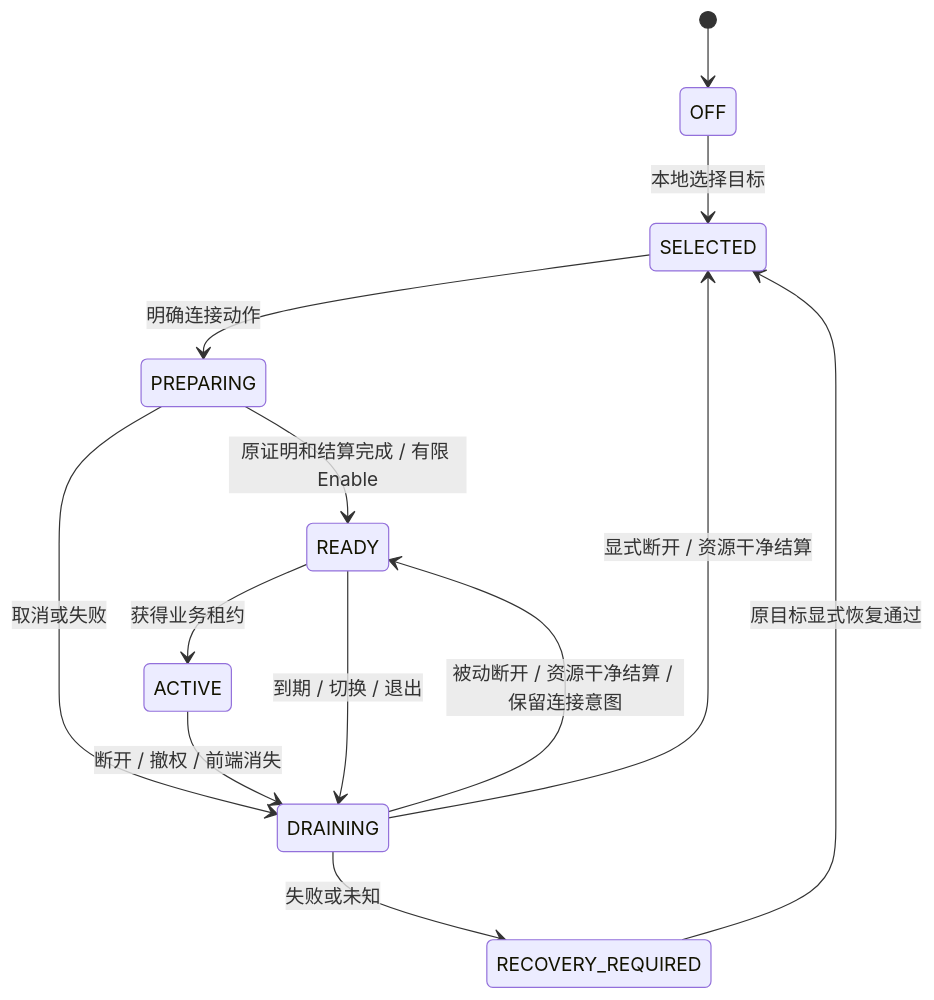
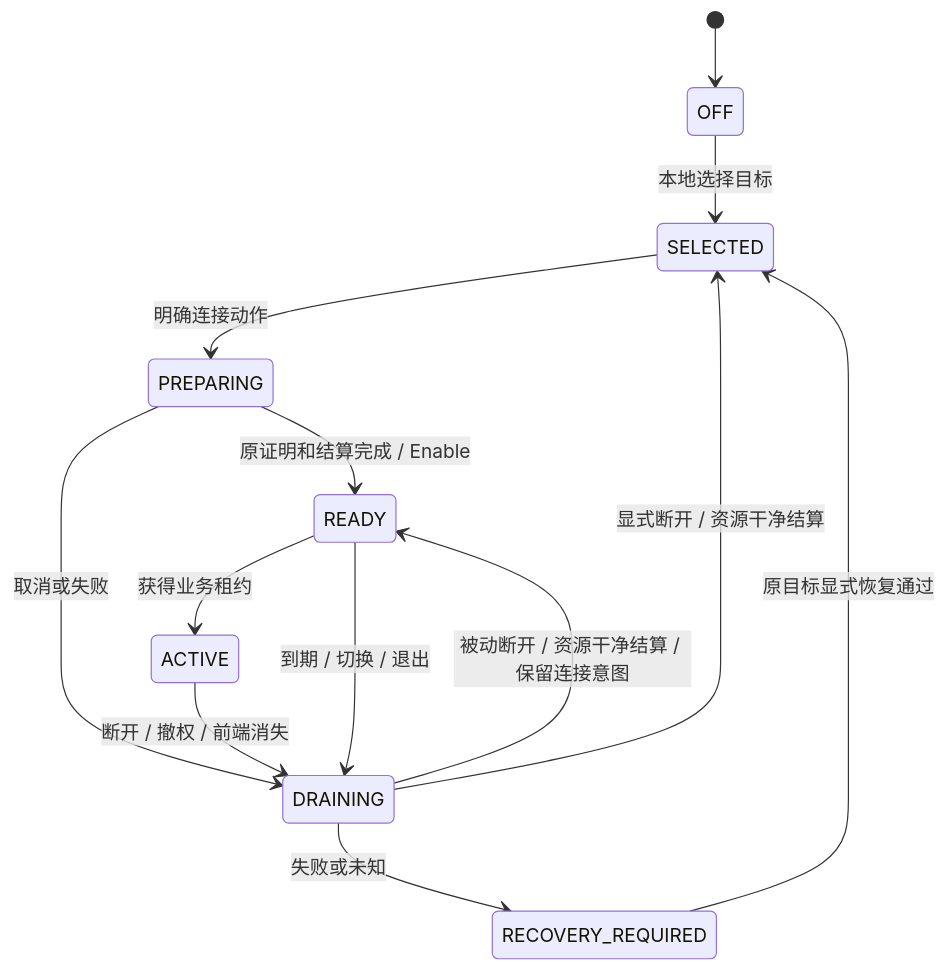
One commit to duanzhijian200443/shiroha_quiz changed the third of 5 diagrams in docs/product/agent-refactor/unified-access-and-content-exchange-v1.md. Above: the diagram before and after it, drawn with Mermaid. The commit also changed other lines of this file and 22 other files, not shown here.

````diff
--- a/docs/product/agent-refactor/unified-access-and-content-exchange-v1.md
+++ b/docs/product/agent-refactor/unified-access-and-content-exchange-v1.md
@@ -390,15 +390,15 @@
 ```mermaid
 stateDiagram-v2
   [*] --> OFF
   OFF --> SELECTED: 本地选择目标
   SELECTED --> PREPARING: 明确连接动作
-  PREPARING --> READY: 原证明和结算完成 / 有限 Enable
+  PREPARING --> READY: 原证明和结算完成 / Enable
   PREPARING --> DRAINING: 取消或失败
   READY --> ACTIVE: 获得业务租约
   ACTIVE --> DRAINING: 断开 / 撤权 / 前端消失
   READY --> DRAINING: 到期 / 切换 / 退出
   DRAINING --> READY: 被动断开 / 资源干净结算 / 保留连接意图
   DRAINING --> SELECTED: 显式断开 / 资源干净结算
   DRAINING --> RECOVERY_REQUIRED: 失败或未知
   RECOVERY_REQUIRED --> SELECTED: 原目标显式恢复通过
 ```
````
